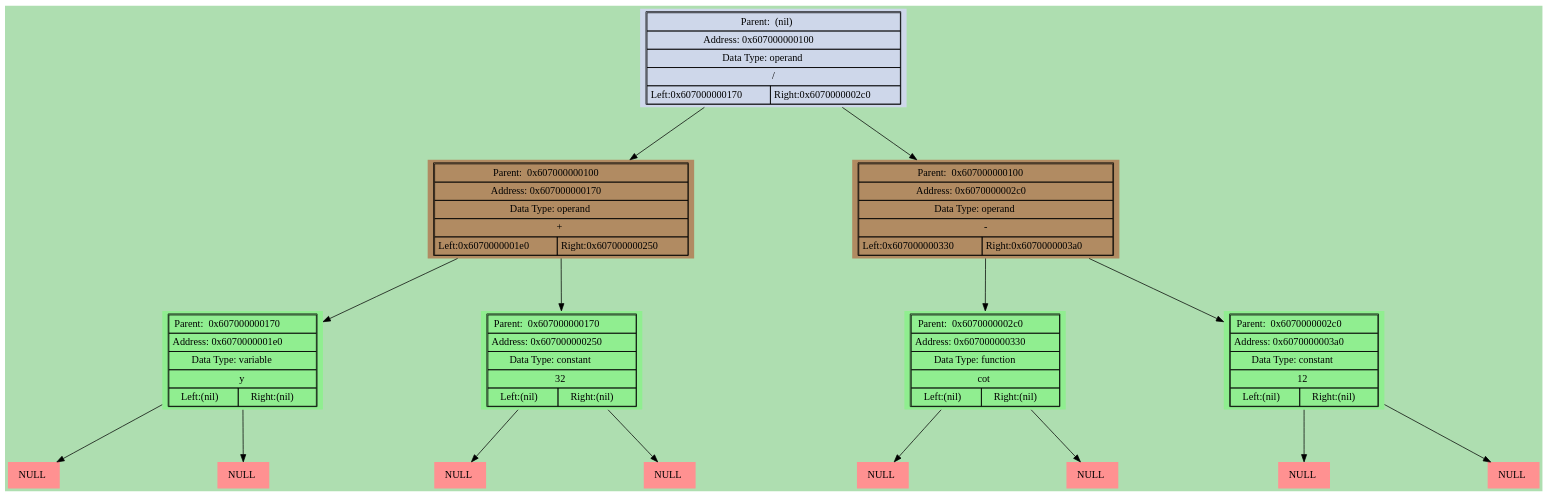
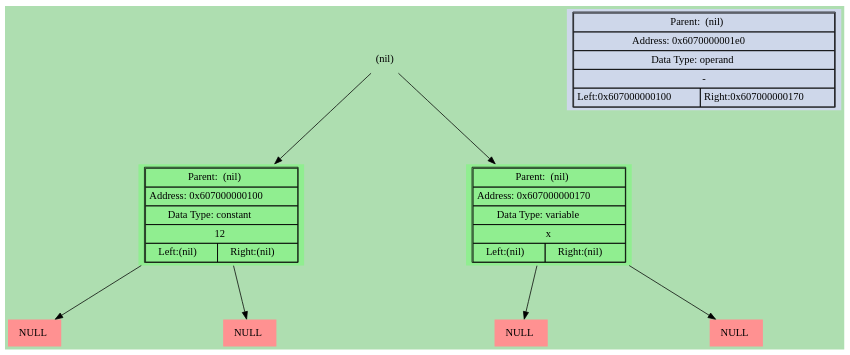
The diagram in dumps/graphic_dump.dot (bgclutch/differentiator_ded), drawn with Graphviz before and after one commit. The commit also changed 13 other files, not shown here.

```diff
--- a/dumps/graphic_dump.dot
+++ b/dumps/graphic_dump.dot
@@ -1,114 +1,58 @@
 digraph LIST{
 harset = "UTF-8";
 node [shape=plaintext];
 bgcolor = "#0000aa";
 fontcolor = black;
 fontsize = 18;
 style = "italic";
 margin = 1;
 ranksep = 1;
 nodesep = 3;
 bgcolor = "#aedeb0";
-"0x607000000170" [style = "filled", fillcolor = "#b18b62",label=<
+"0x607000000100" [style = "filled", fillcolor = "lightgreen",label=<
 <table border="1" cellspacing="0" cellpadding="4">
-<tr><td colspan="2">Parent:  0x607000000100</td></tr>
-<tr><td colspan="2">Address: 0x607000000170</td></tr>
-<tr><td colspan="2">Data Type: operand</td></tr>
-<tr><td colspan="2">+</td></tr>
-<tr><td align = "center" >Left:0x6070000001e0</td><td align = "center" >Right:0x607000000250</td></tr></table>>];
-
-"0x607000000100" -> "0x607000000170";
-"0x6070000001e0" [style = "filled", fillcolor = "lightgreen",label=<
-<table border="1" cellspacing="0" cellpadding="4">
-<tr><td colspan="2">Parent:  0x607000000170</td></tr>
-<tr><td colspan="2">Address: 0x6070000001e0</td></tr>
-<tr><td colspan="2">Data Type: variable</td></tr>
-<tr><td colspan="2">y</td></tr>
-<tr><td align = "center" >Left:(nil)</td><td align = "center" >Right:(nil)</td></tr></table>>];
-
-"0x607000000170" -> "0x6070000001e0";
-"0x6070000001e0" -> "0x607000000220";
-"0x607000000220" [style = "filled", fillcolor = "#ff9191", label=<
-<table border = "0" cellspacing="2" cellpadding="4">
-<tr><td>NULL</td></tr></table>>];
-
-"0x6070000001e0" -> "0x607000000228";
-"0x607000000228" [style = "filled", fillcolor = "#ff9191", label=<
-<table border = "0" cellspacing="2" cellpadding="4">
-<tr><td>NULL</td></tr></table>>];
-
-"0x607000000250" [style = "filled", fillcolor = "lightgreen",label=<
-<table border="1" cellspacing="0" cellpadding="4">
-<tr><td colspan="2">Parent:  0x607000000170</td></tr>
-<tr><td colspan="2">Address: 0x607000000250</td></tr>
-<tr><td colspan="2">Data Type: constant</td></tr>
-<tr><td colspan="2">32</td></tr>
-<tr><td align = "center" >Left:(nil)</td><td align = "center" >Right:(nil)</td></tr></table>>];
-
-"0x607000000170" -> "0x607000000250";
-"0x607000000250" -> "0x607000000290";
-"0x607000000290" [style = "filled", fillcolor = "#ff9191", label=<
-<table border = "0" cellspacing="2" cellpadding="4">
-<tr><td>NULL</td></tr></table>>];
-
-"0x607000000250" -> "0x607000000298";
-"0x607000000298" [style = "filled", fillcolor = "#ff9191", label=<
-<table border = "0" cellspacing="2" cellpadding="4">
-<tr><td>NULL</td></tr></table>>];
-
-"0x6070000002c0" [style = "filled", fillcolor = "#b18b62",label=<
-<table border="1" cellspacing="0" cellpadding="4">
-<tr><td colspan="2">Parent:  0x607000000100</td></tr>
-<tr><td colspan="2">Address: 0x6070000002c0</td></tr>
-<tr><td colspan="2">Data Type: operand</td></tr>
-<tr><td colspan="2">-</td></tr>
-<tr><td align = "center" >Left:0x607000000330</td><td align = "center" >Right:0x6070000003a0</td></tr></table>>];
-
-"0x607000000100" -> "0x6070000002c0";
-"0x607000000330" [style = "filled", fillcolor = "lightgreen",label=<
-<table border="1" cellspacing="0" cellpadding="4">
-<tr><td colspan="2">Parent:  0x6070000002c0</td></tr>
-<tr><td colspan="2">Address: 0x607000000330</td></tr>
-<tr><td colspan="2">Data Type: function</td></tr>
-<tr><td colspan="2">cot</td></tr>
-<tr><td align = "center" >Left:(nil)</td><td align = "center" >Right:(nil)</td></tr></table>>];
-
-"0x6070000002c0" -> "0x607000000330";
-"0x607000000330" -> "0x607000000370";
-"0x607000000370" [style = "filled", fillcolor = "#ff9191", label=<
-<table border = "0" cellspacing="2" cellpadding="4">
-<tr><td>NULL</td></tr></table>>];
-
-"0x607000000330" -> "0x607000000378";
-"0x607000000378" [style = "filled", fillcolor = "#ff9191", label=<
-<table border = "0" cellspacing="2" cellpadding="4">
-<tr><td>NULL</td></tr></table>>];
-
-"0x6070000003a0" [style = "filled", fillcolor = "lightgreen",label=<
-<table border="1" cellspacing="0" cellpadding="4">
-<tr><td colspan="2">Parent:  0x6070000002c0</td></tr>
-<tr><td colspan="2">Address: 0x6070000003a0</td></tr>
+<tr><td colspan="2">Parent:  (nil)</td></tr>
+<tr><td colspan="2">Address: 0x607000000100</td></tr>
 <tr><td colspan="2">Data Type: constant</td></tr>
 <tr><td colspan="2">12</td></tr>
 <tr><td align = "center" >Left:(nil)</td><td align = "center" >Right:(nil)</td></tr></table>>];
 
-"0x6070000002c0" -> "0x6070000003a0";
-"0x6070000003a0" -> "0x6070000003e0";
-"0x6070000003e0" [style = "filled", fillcolor = "#ff9191", label=<
+"(nil)" -> "0x607000000100";
+"0x607000000100" -> "0x607000000138";
+"0x607000000138" [style = "filled", fillcolor = "#ff9191", label=<
 <table border = "0" cellspacing="2" cellpadding="4">
 <tr><td>NULL</td></tr></table>>];
 
-"0x6070000003a0" -> "0x6070000003e8";
-"0x6070000003e8" [style = "filled", fillcolor = "#ff9191", label=<
+"0x607000000100" -> "0x607000000140";
+"0x607000000140" [style = "filled", fillcolor = "#ff9191", label=<
 <table border = "0" cellspacing="2" cellpadding="4">
 <tr><td>NULL</td></tr></table>>];
 
-"0x607000000100" [style = "filled", fillcolor = "#ced7ea",label=<
+"0x607000000170" [style = "filled", fillcolor = "lightgreen",label=<
 <table border="1" cellspacing="0" cellpadding="4">
 <tr><td colspan="2">Parent:  (nil)</td></tr>
-<tr><td colspan="2">Address: 0x607000000100</td></tr>
+<tr><td colspan="2">Address: 0x607000000170</td></tr>
+<tr><td colspan="2">Data Type: variable</td></tr>
+<tr><td colspan="2">x</td></tr>
+<tr><td align = "center" >Left:(nil)</td><td align = "center" >Right:(nil)</td></tr></table>>];
+
+"(nil)" -> "0x607000000170";
+"0x607000000170" -> "0x6070000001a8";
+"0x6070000001a8" [style = "filled", fillcolor = "#ff9191", label=<
+<table border = "0" cellspacing="2" cellpadding="4">
+<tr><td>NULL</td></tr></table>>];
+
+"0x607000000170" -> "0x6070000001b0";
+"0x6070000001b0" [style = "filled", fillcolor = "#ff9191", label=<
+<table border = "0" cellspacing="2" cellpadding="4">
+<tr><td>NULL</td></tr></table>>];
+
+"0x6070000001e0" [style = "filled", fillcolor = "#ced7ea",label=<
+<table border="1" cellspacing="0" cellpadding="4">
+<tr><td colspan="2">Parent:  (nil)</td></tr>
+<tr><td colspan="2">Address: 0x6070000001e0</td></tr>
 <tr><td colspan="2">Data Type: operand</td></tr>
-<tr><td colspan="2">/</td></tr>
-<tr><td align = "center" >Left:0x607000000170</td><td align = "center" >Right:0x6070000002c0</td></tr></table>>];
+<tr><td colspan="2">-</td></tr>
+<tr><td align = "center" >Left:0x607000000100</td><td align = "center" >Right:0x607000000170</td></tr></table>>];
 
 }
```
